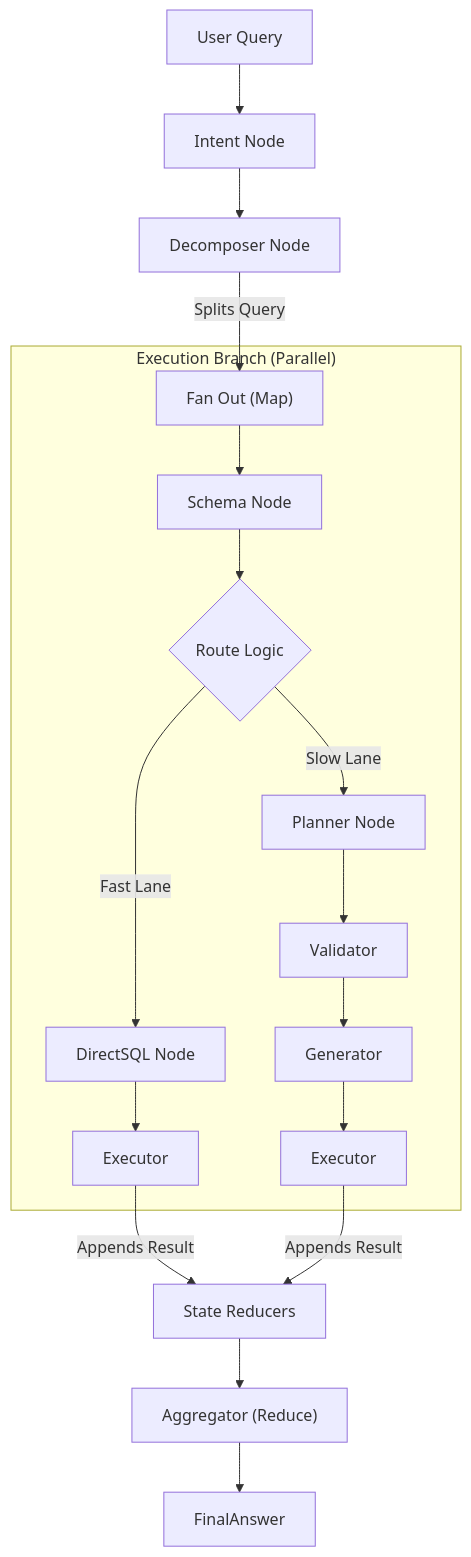
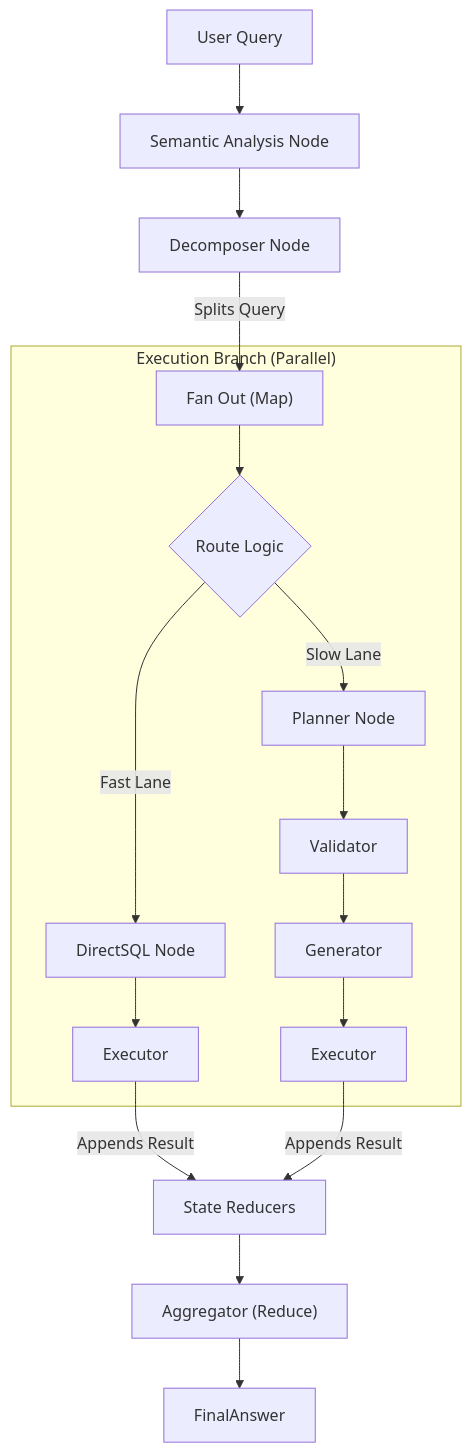
Before and after one commit to nadeem4/nl2sql: the diagram in README.md, drawn with Mermaid. The commit also changed 6 other files, not shown here.

Commit message:
feat: Add core architectural, data indexing, and routing strategy documentation, adapter READMEs, and a pipeline validator node.

````diff
--- a/README.md
+++ b/README.md
@@ -103,23 +103,22 @@
 ```mermaid
 graph TD
-    UserQuery["User Query"] --> Intent["Intent Node"]
-    Intent --> Decomposer["Decomposer Node"]
+    UserQuery["User Query"] --> Semantic["Semantic Analysis Node"]
+    Semantic --> Decomposer["Decomposer Node"]
     Decomposer -- "Splits Query" --> MapBranching["Fan Out (Map)"]
 
     subgraph ExecutionBranch ["Execution Branch (Parallel)"]
-        MapBranching --> Schema["Schema Node"]
-        Schema --> RouteLogic{"Route Logic"}
+        MapBranching --> RouteLogic{"Route Logic"}
         RouteLogic -- "Fast Lane" --> DirectSQL["DirectSQL Node"]
         DirectSQL --> FastExecutor["Executor"]
         
         RouteLogic -- "Slow Lane" --> Planner["Planner Node"]
         Planner --> Validator
         Validator --> Generator
         Generator --> Executor
     end
 
     FastExecutor -- "Appends Result" --> StateAggregation["State Reducers"]
     Executor -- "Appends Result" --> StateAggregation
     StateAggregation --> Aggregator["Aggregator (Reduce)"]
     Aggregator --> FinalAnswer
 ```
````
